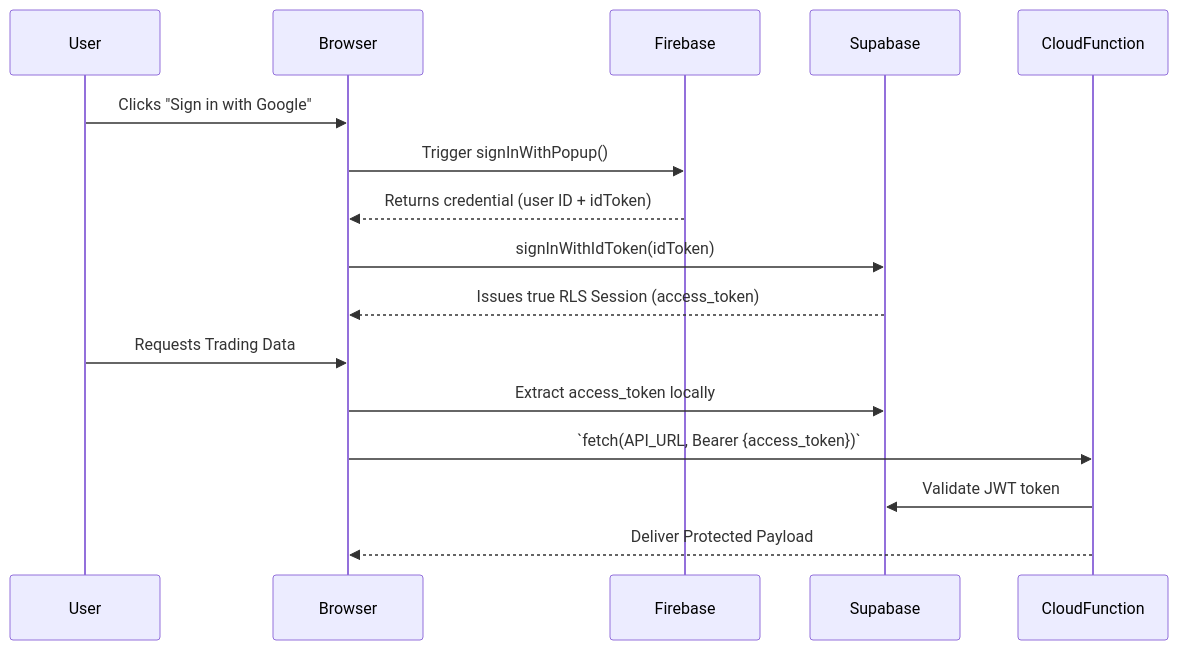
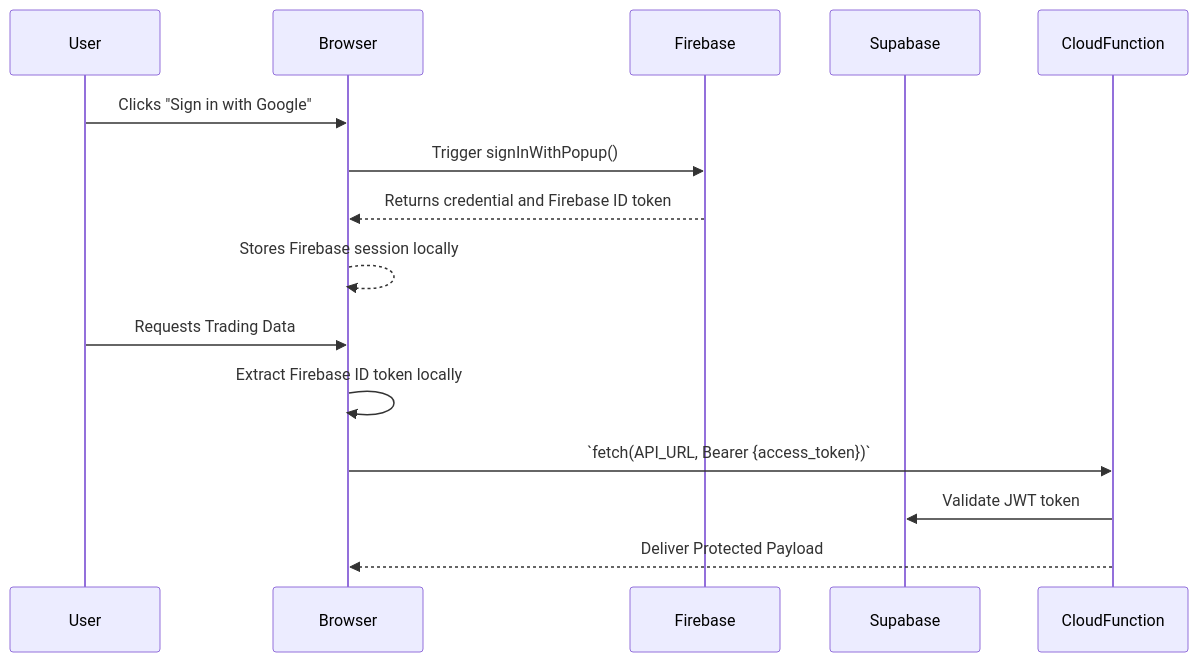
The diagram in docs/FRONTEND_API_FLOW.md (edcalderon/my-second-brain), drawn with Mermaid before and after one commit. The commit also changed other lines of this file and 26 other files, not shown here.

````diff
--- a/docs/FRONTEND_API_FLOW.md
+++ b/docs/FRONTEND_API_FLOW.md
@@ -35,20 +34,19 @@
 ```mermaid
 sequenceDiagram
     participant User
     participant Browser
     participant Firebase
     participant Supabase
     participant CloudFunction
 
     User->>Browser: Clicks "Sign in with Google"
     Browser->>Firebase: Trigger signInWithPopup()
-    Firebase-->>Browser: Returns credential (user ID + idToken)
-    Browser->>Supabase: signInWithIdToken(idToken)
-    Supabase-->>Browser: Issues true RLS Session (access_token)
-    
+    Firebase-->>Browser: Returns credential and Firebase ID token
+    Browser-->>Browser: Stores Firebase session locally
+
     User->>Browser: Requests Trading Data
-    Browser->>Supabase: Extract access_token locally
+    Browser->>Browser: Extract Firebase ID token locally
     Browser->>CloudFunction: `fetch(API_URL, Bearer {access_token})`
     CloudFunction->>Supabase: Validate JWT token
     CloudFunction-->>Browser: Deliver Protected Payload
 ```
````
